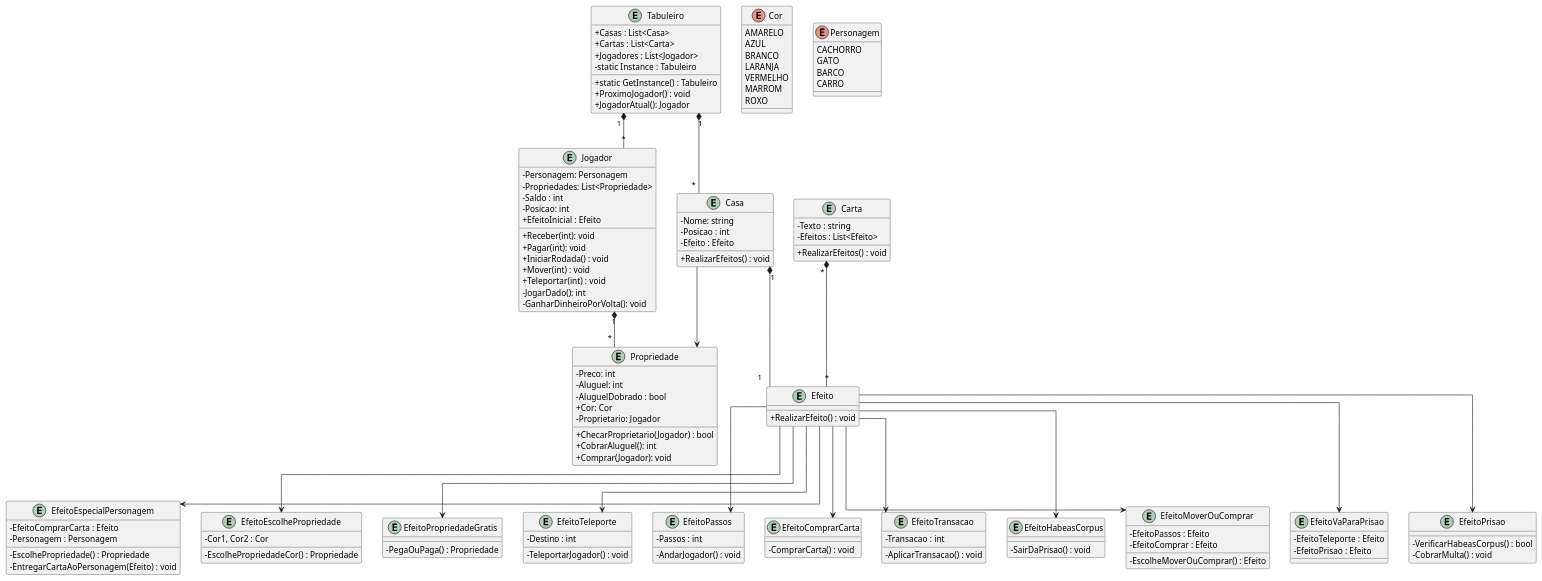
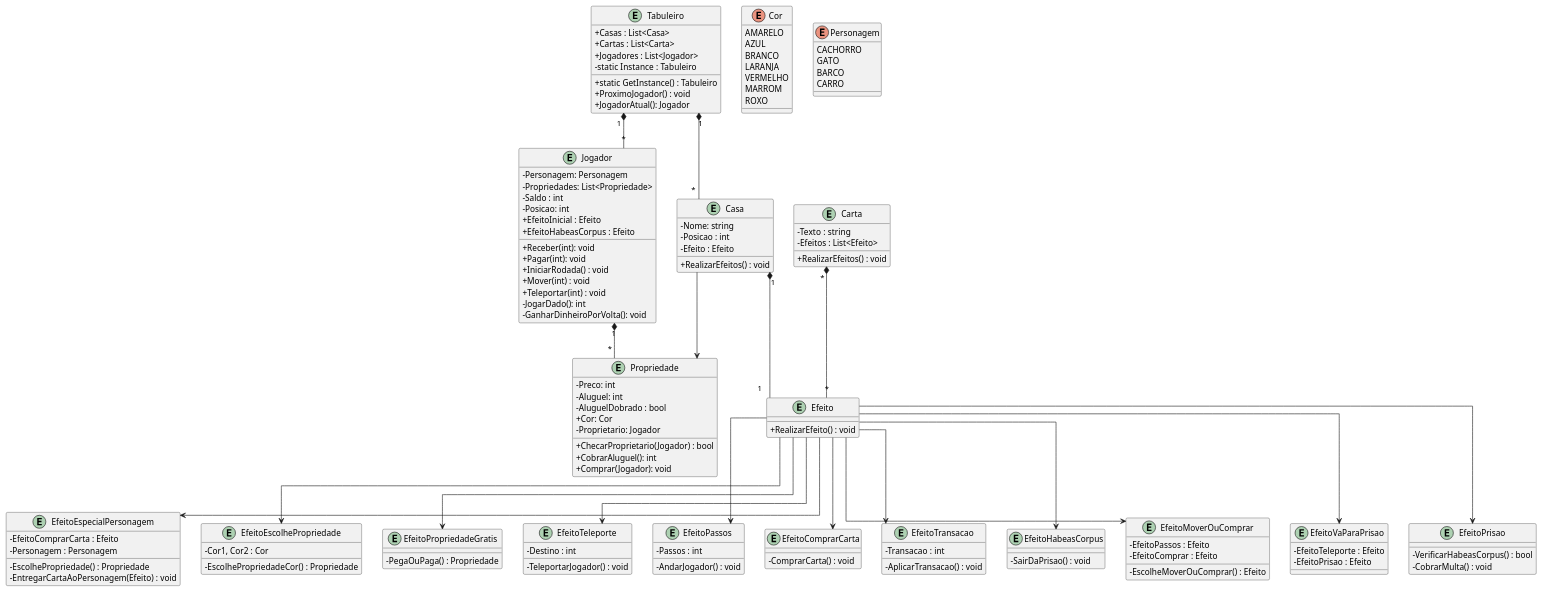
One commit to rogerpcto/ProjetoDeSoftware-UFF changed the diagram in Documentação/diagrama-de-classe completo.plantuml. Above: the diagram before and after it, drawn with PlantUML. The commit also changed 1 other file, not shown here.

```diff
--- a/Documentação/diagrama-de-classe completo.plantuml
+++ b/Documentação/diagrama-de-classe completo.plantuml
@@ -1,153 +1,154 @@
 @startuml diagrama
 skinparam linetype ortho
 skinparam classAttributeIconSize 0
 
 entity Tabuleiro{
     + Casas : List<Casa>
     + Cartas : List<Carta>
     + Jogadores : List<Jogador>
     - static Instance : Tabuleiro
 
     + static GetInstance() : Tabuleiro
     + ProximoJogador() : void
     + JogadorAtual(): Jogador
 }
 
 entity Casa{
     - Nome: string
     - Posicao : int   
     - Efeito : Efeito
     + RealizarEfeitos() : void
 }
 
 entity Propriedade{
     - Preco: int
     - Aluguel: int
     - AluguelDobrado : bool
     + Cor: Cor
     - Proprietario: Jogador
     + ChecarProprietario(Jogador) : bool
     + CobrarAluguel(): int
     + Comprar(Jogador): void
 }
 
 entity Jogador{
     - Personagem: Personagem
     - Propriedades: List<Propriedade>
     - Saldo : int
     - Posicao: int
     + EfeitoInicial : Efeito
+    + EfeitoHabeasCorpus : Efeito
     + Receber(int): void
     + Pagar(int): void
     + IniciarRodada() : void
     + Mover(int) : void
     + Teleportar(int) : void
     - JogarDado(): int
     - GanharDinheiroPorVolta(): void
 }
 
 enum Cor{
     AMARELO
     AZUL
     BRANCO
     LARANJA
     VERMELHO
     MARROM
     ROXO
 }
 
 enum Personagem{
     CACHORRO
     GATO
     BARCO
     CARRO
 }
 
 entity Carta{
     - Texto : string
     - Efeitos : List<Efeito>
     + RealizarEfeitos() : void
 }
 
 entity Efeito{
     + RealizarEfeito() : void
 }
 
 entity EfeitoEspecialPersonagem{
     - EfeitoComprarCarta : Efeito
     - Personagem : Personagem
     - EscolhePropriedade() : Propriedade
     - EntregarCartaAoPersonagem(Efeito) : void
 }
 
 entity EfeitoEscolhePropriedade{
     - Cor1, Cor2 : Cor
     - EscolhePropriedadeCor() : Propriedade
 }
 
 entity EfeitoPropriedadeGratis{
     - PegaOuPaga() : Propriedade
 }
 
 entity EfeitoTeleporte{
     - Destino : int
     - TeleportarJogador() : void
 }
 
 entity EfeitoPassos{
     - Passos : int
     - AndarJogador() : void
 }
 
 entity EfeitoComprarCarta{
     - ComprarCarta() : void 
 }
 
 entity EfeitoTransacao{
     - Transacao : int
     - AplicarTransacao() : void
 }
 
 entity EfeitoHabeasCorpus{
     - SairDaPrisao() : void
 }
 
 entity EfeitoMoverOuComprar{
     - EfeitoPassos : Efeito
     - EfeitoComprar : Efeito
     - EscolheMoverOuComprar() : Efeito
 }
 
 entity EfeitoVaParaPrisao{
     - EfeitoTeleporte : Efeito
     - EfeitoPrisao : Efeito
 }
 
 entity EfeitoPrisao{
     - VerificarHabeasCorpus() : bool
     - CobrarMulta() : void
 }
 
 Tabuleiro "1" *-- "*" Jogador
 Tabuleiro "1" *-- "*" Casa
 
 Casa --> Propriedade
 
 Jogador "1"  *-- "*" Propriedade
 
 Carta "*" *-- "*" Efeito
 Casa "1" *-- "1" Efeito
 
 Efeito --> EfeitoComprarCarta
 Efeito --> EfeitoEscolhePropriedade
 Efeito --> EfeitoEspecialPersonagem
 Efeito --> EfeitoHabeasCorpus
 Efeito --> EfeitoMoverOuComprar
 Efeito --> EfeitoPassos
 Efeito --> EfeitoPropriedadeGratis
 Efeito --> EfeitoPrisao
 Efeito --> EfeitoTeleporte
 Efeito --> EfeitoTransacao
 Efeito --> EfeitoVaParaPrisao
 
 @enduml
```
